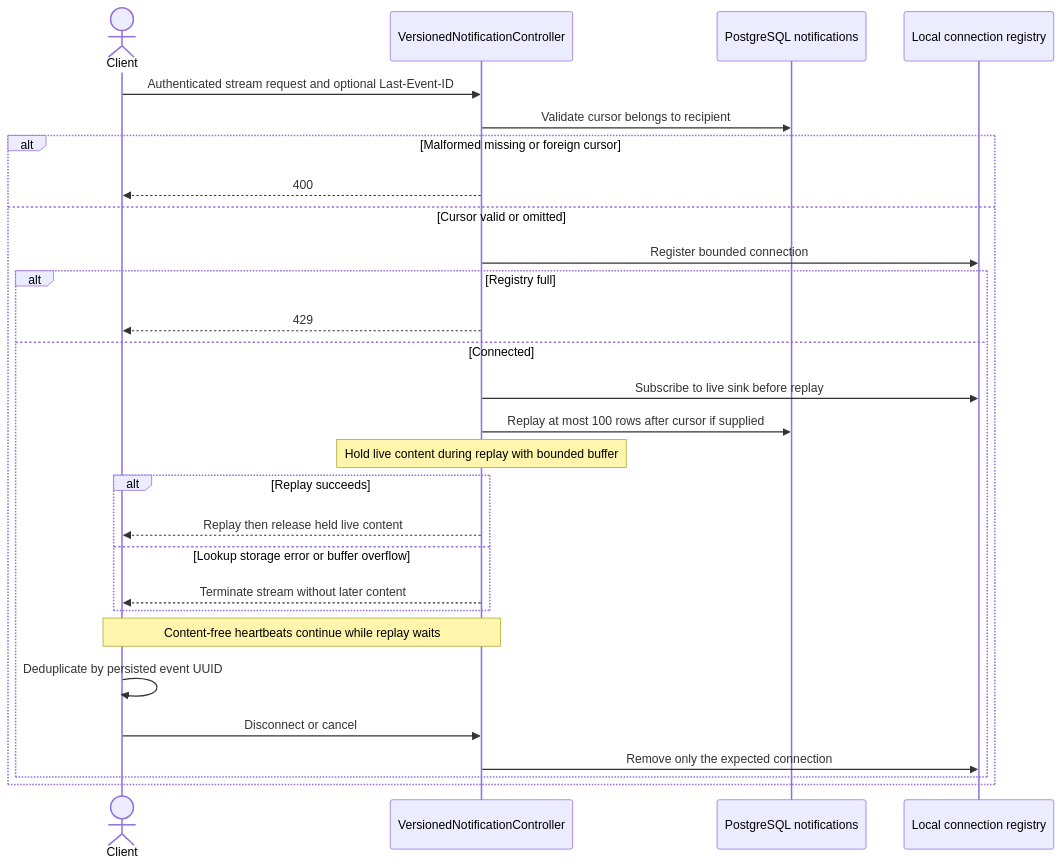
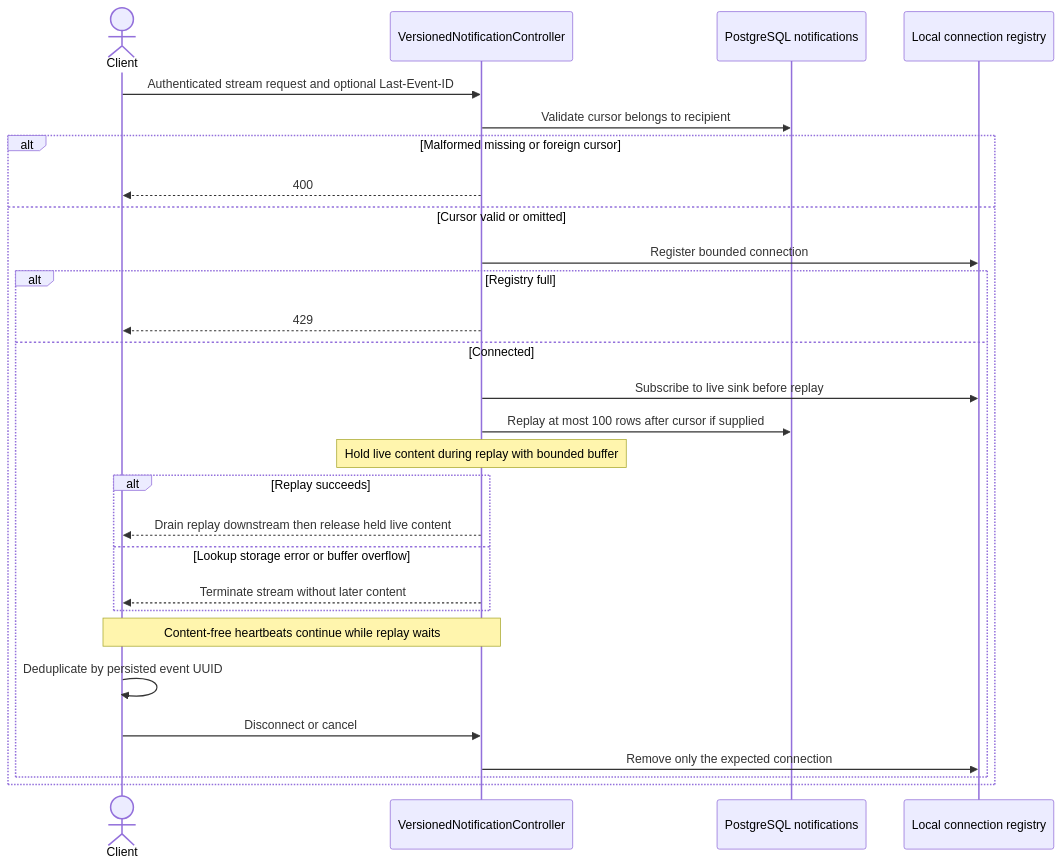
One commit to younessFathi/auto-parto changed diagram 18 of 32 in docs/technical-workflows.md. Above: the diagram before and after it, drawn with Mermaid. The commit also changed other lines of this file and 22 other files, not shown here.

````diff
--- a/docs/technical-workflows.md
+++ b/docs/technical-workflows.md
@@ -468,30 +468,30 @@
 ```mermaid
 sequenceDiagram
     actor Client
     participant API as VersionedNotificationController
     participant DB as PostgreSQL notifications
     participant Registry as Local connection registry
     Client->>API: Authenticated stream request and optional Last-Event-ID
     API->>DB: Validate cursor belongs to recipient
     alt Malformed missing or foreign cursor
         API-->>Client: 400
     else Cursor valid or omitted
         API->>Registry: Register bounded connection
         alt Registry full
             API-->>Client: 429
         else Connected
             API->>Registry: Subscribe to live sink before replay
             API->>DB: Replay at most 100 rows after cursor if supplied
             Note over API: Hold live content during replay with bounded buffer
             alt Replay succeeds
-                API-->>Client: Replay then release held live content
+                API-->>Client: Drain replay downstream then release held live content
             else Lookup storage error or buffer overflow
                 API-->>Client: Terminate stream without later content
             end
             Note over API,Client: Content-free heartbeats continue while replay waits
             Client->>Client: Deduplicate by persisted event UUID
             Client->>API: Disconnect or cancel
             API->>Registry: Remove only the expected connection
         end
     end
 ```
````
